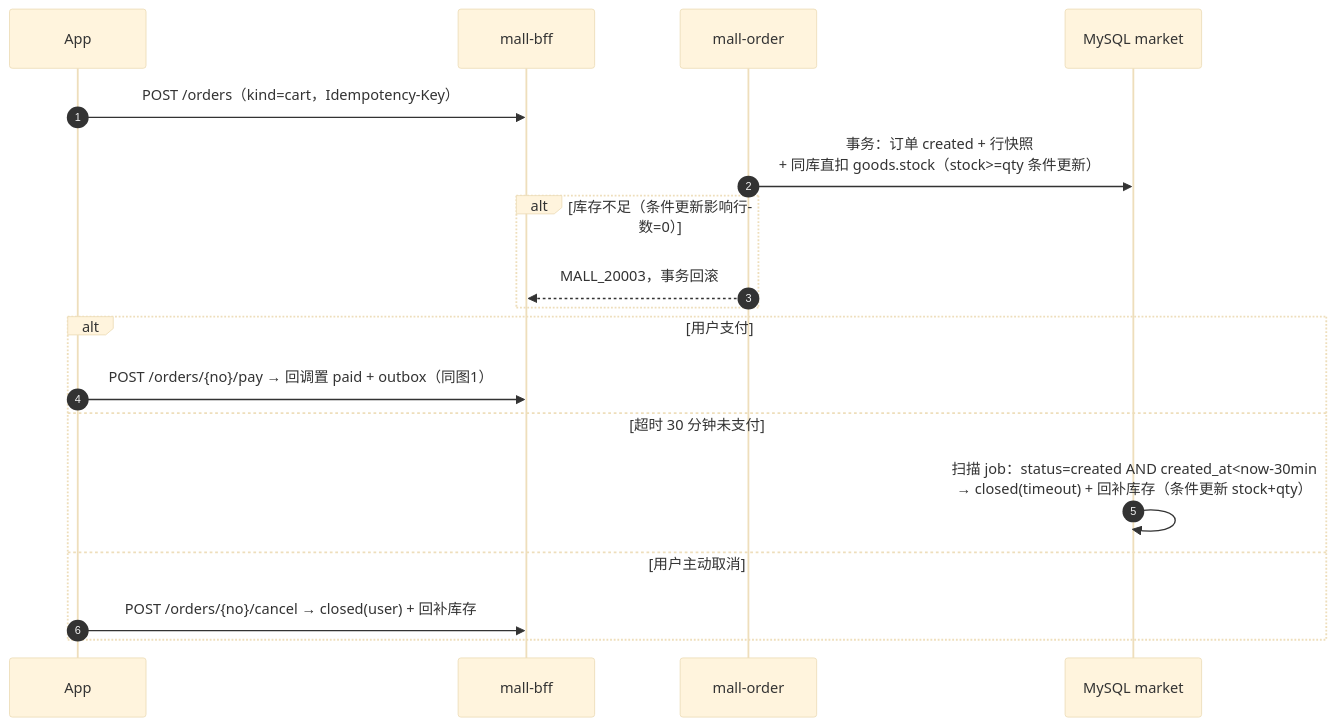
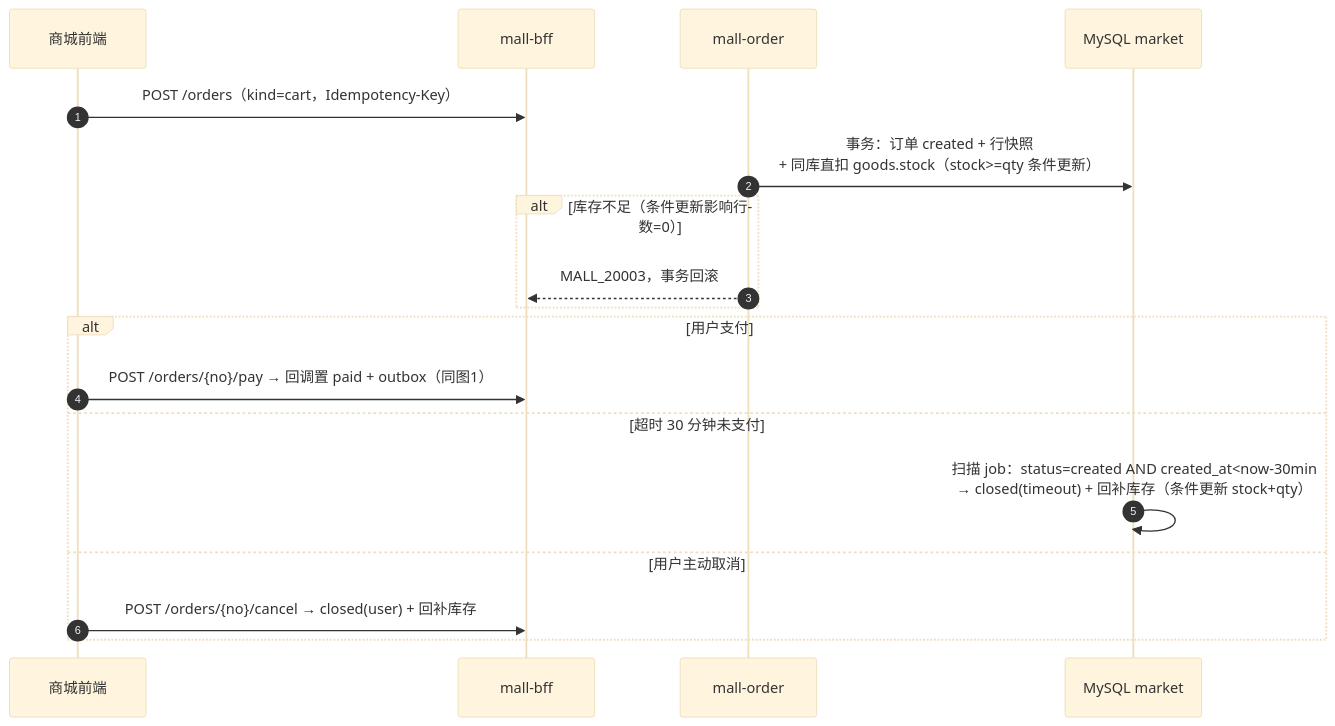
Before and after one commit to frostloom/my-market: the second of 6 diagrams in docs/spec/sequences.md, drawn with Mermaid (base theme). The commit also changed other lines of this file and 3 other files, not shown here.

Commit message:
docs: v0.5 frontend scope sweep (flow diagram participants, repo layout web/, admin API pointer, same-origin hosting notes)

````diff
--- a/docs/spec/sequences.md
+++ b/docs/spec/sequences.md
@@ -54,21 +55,21 @@
 ```mermaid
 sequenceDiagram
     autonumber
-    participant A as App
+    participant A as 商城前端
     participant B as mall-bff
     participant O as mall-order
     participant M as MySQL market
 
     A->>B: POST /orders（kind=cart，Idempotency-Key）
     O->>M: 事务：订单 created + 行快照<br/>+ 同库直扣 goods.stock（stock>=qty 条件更新）
     alt 库存不足（条件更新影响行数=0）
         O-->>B: MALL_20003，事务回滚
     end
     alt 用户支付
         A->>B: POST /orders/{no}/pay → 回调置 paid + outbox（同图1）
     else 超时 30 分钟未支付
         M->>M: 扫描 job：status=created AND created_at<now-30min<br/>→ closed(timeout) + 回补库存（条件更新 stock+qty）
     else 用户主动取消
         A->>B: POST /orders/{no}/cancel → closed(user) + 回补库存
     end
 ```
````
